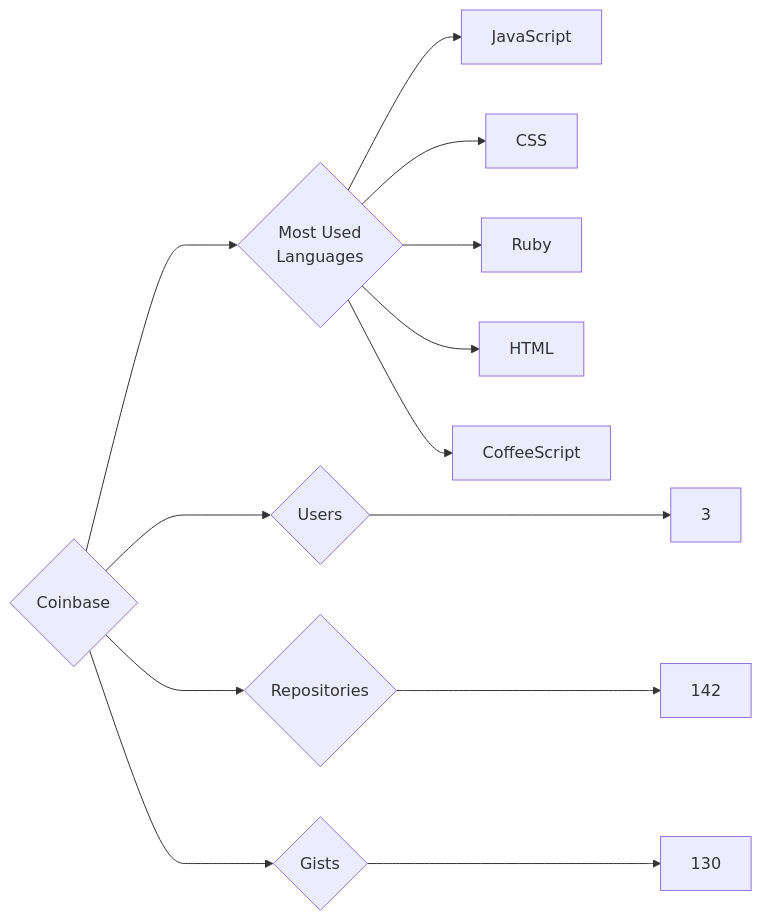
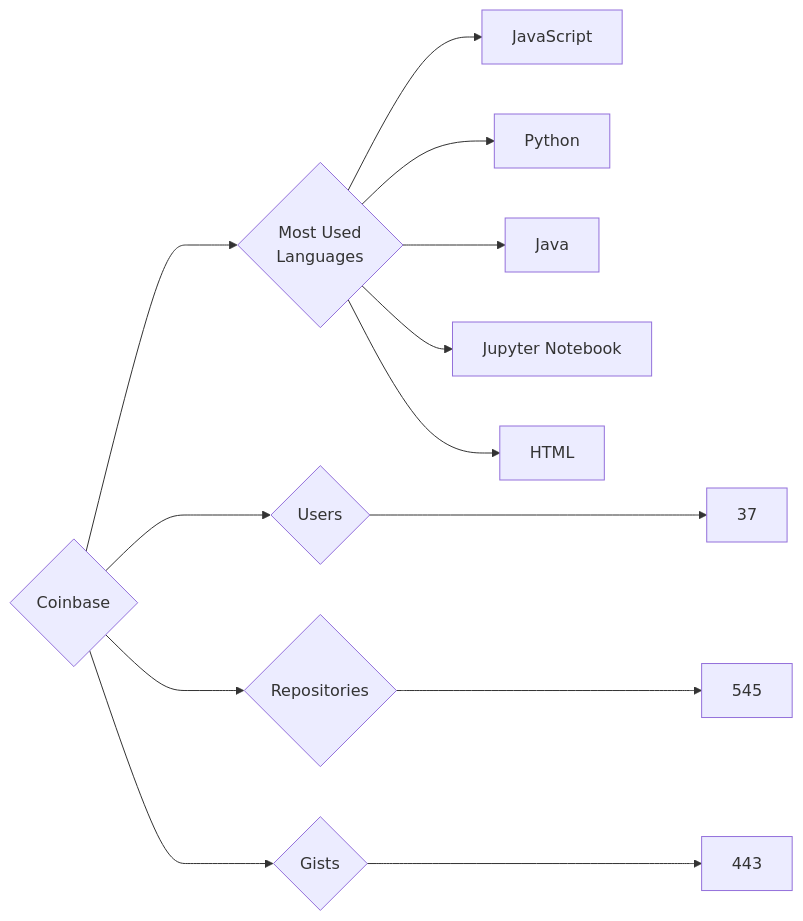
Before and after one commit to trickest/insiders: the diagram in targets/Coinbase/README.md, drawn with Mermaid. The commit also changed 930 other files, not shown here.

````diff
--- a/targets/Coinbase/README.md
+++ b/targets/Coinbase/README.md
@@ -3,13 +3,13 @@
 ```mermaid
 graph LR
 COMPANY_NAME{Coinbase}
-COMPANY_NAME ---> U{Users} ---> UN[3]
-COMPANY_NAME ---> R{Repositories} ---> RN[142]
-COMPANY_NAME ---> G{Gists} ---> GN[130]
+COMPANY_NAME ---> U{Users} ---> UN[37]
+COMPANY_NAME ---> R{Repositories} ---> RN[545]
+COMPANY_NAME ---> G{Gists} ---> GN[443]
 COMPANY_NAME ---> ML{Most Used<br>Languages}
 ML --> JavaScript[JavaScript]
-ML --> CSS[CSS]
-ML --> Ruby[Ruby]
+ML --> Python[Python]
+ML --> Java[Java]
+ML --> Jupyter_Notebook[Jupyter Notebook]
 ML --> HTML[HTML]
-ML --> CoffeeScript[CoffeeScript]
 ```
````
